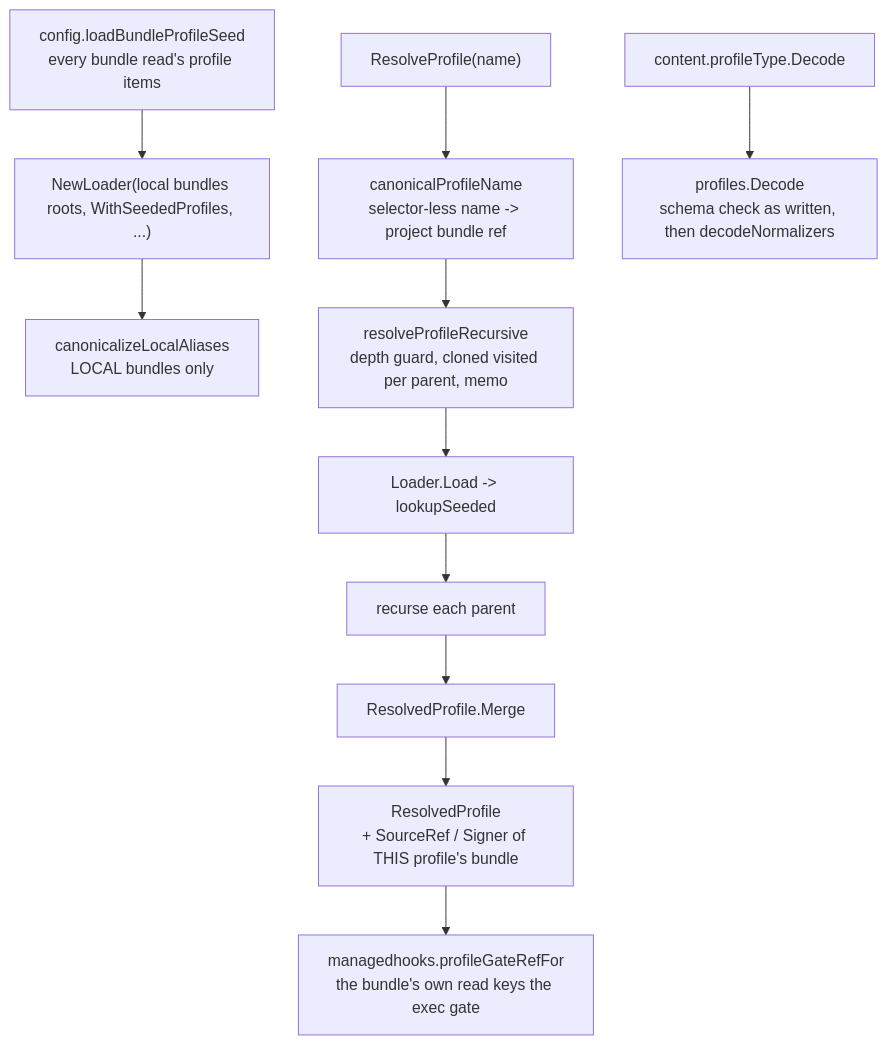
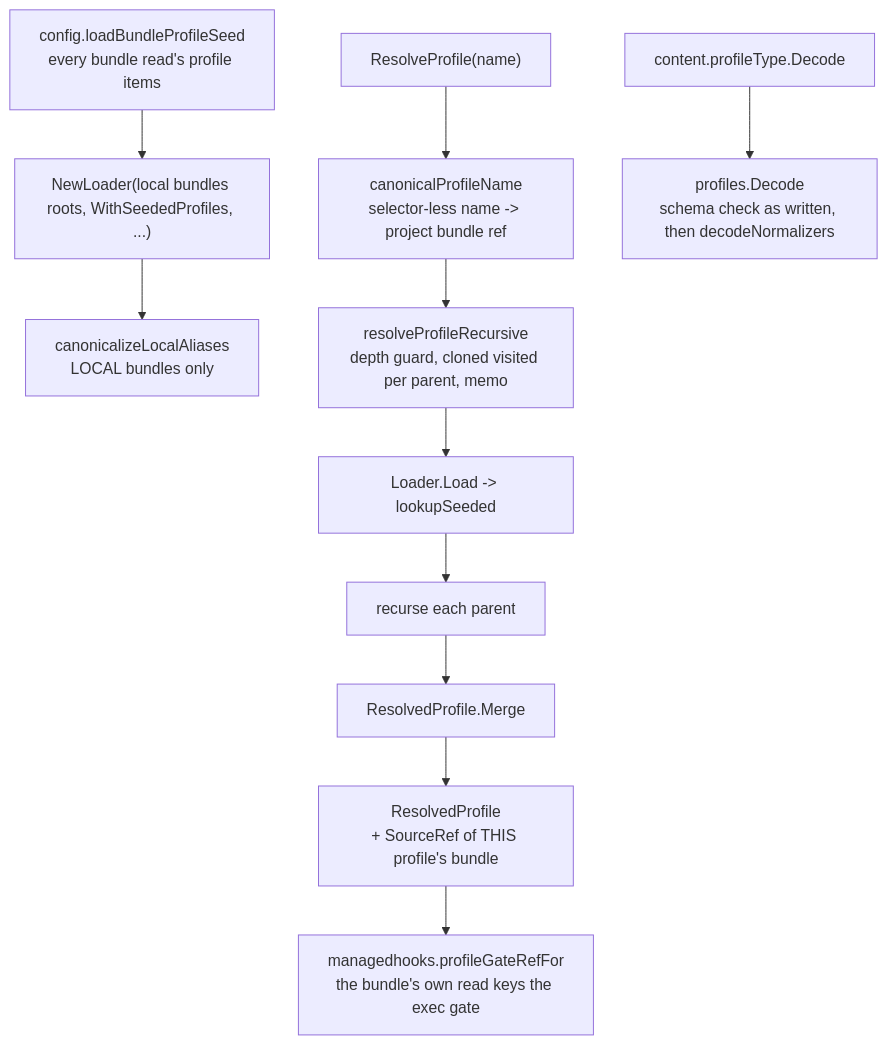
One commit to ctxloom/ctxloom changed the diagram in docs/architecture/core/profiles.md. Above: the diagram before and after it, drawn with Mermaid. The commit also changed other lines of this file and 4 other files, not shown here.

````diff
--- a/docs/architecture/core/profiles.md
+++ b/docs/architecture/core/profiles.md
@@ -44,14 +44,14 @@
 ```mermaid
 flowchart TD
     SEED["config.loadBundleProfileSeed<br/>every bundle read's profile items"] --> NEW["NewLoader(local bundles roots, WithSeededProfiles, ...)"]
     NEW --> ALIAS["canonicalizeLocalAliases<br/>LOCAL bundles only"]
     CALL["ResolveProfile(name)"] --> CAN["canonicalProfileName<br/>selector-less name -> project bundle ref"]
     CAN --> REC["resolveProfileRecursive<br/>depth guard, cloned visited per parent, memo"]
     REC --> LOAD["Loader.Load -> lookupSeeded"]
     LOAD --> PAR["recurse each parent"]
     PAR --> MERGE["ResolvedProfile.Merge"]
-    MERGE --> OUT["ResolvedProfile<br/>+ SourceRef / Signer of THIS profile's bundle"]
+    MERGE --> OUT["ResolvedProfile<br/>+ SourceRef of THIS profile's bundle"]
     OUT --> GATE["managedhooks.profileGateRefFor<br/>the bundle's own read keys the exec gate"]
 
     ITEM["content.profileType.Decode"] --> DEC["profiles.Decode<br/>schema check as written, then decodeNormalizers"]
 ```
````
